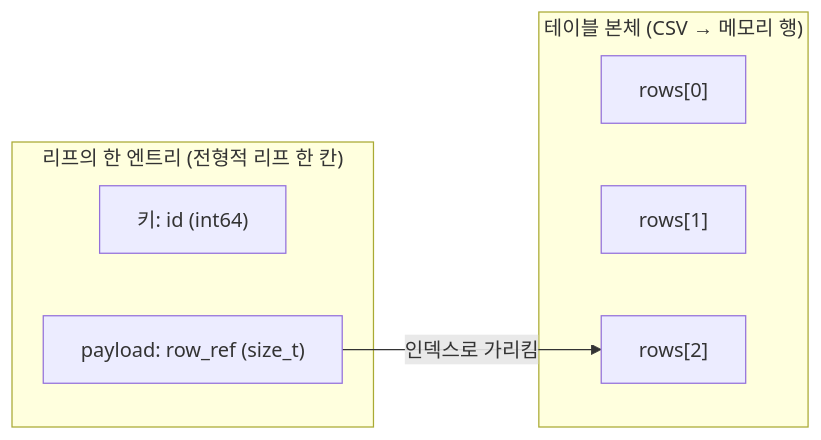
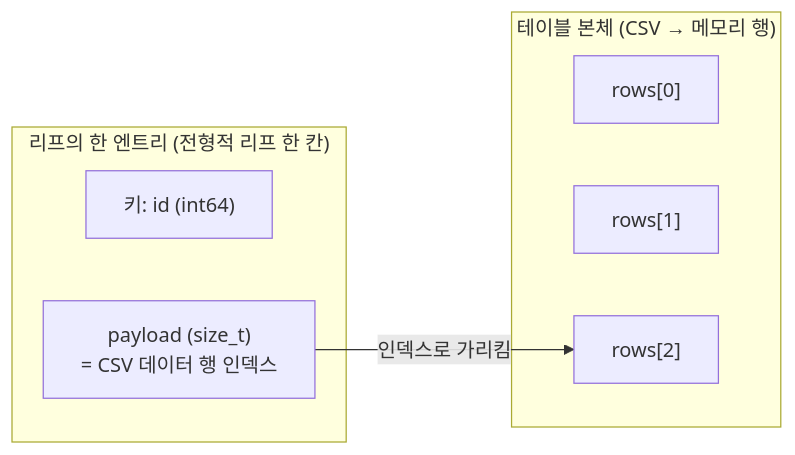
One commit to tail1887/sql_parsor changed the second of 3 diagrams in docs/weeks/WEEK7/presentation-visuals.md. Above: the diagram before and after it, drawn with Mermaid. The commit also changed other lines of this file, not shown here.

First line of the commit message:
docs(WEEK7): 발표 시각자료 다이어그램 보강 및 payload 용어 통일

````diff
--- a/docs/weeks/WEEK7/presentation-visuals.md
+++ b/docs/weeks/WEEK7/presentation-visuals.md
@@ -86,15 +29,15 @@
 ```mermaid
 flowchart LR
     subgraph leafrow["리프의 한 엔트리 (전형적 리프 한 칸)"]
         k["키: id (int64)"]
-        p["payload: row_ref (size_t)"]
+        p["payload (size_t)\n= CSV 데이터 행 인덱스"]
     end
 
     subgraph csv["테이블 본체 (CSV → 메모리 행)"]
         r0["rows[0]"]
         r1["rows[1]"]
         r2["rows[2]"]
     end
 
     p -->|"인덱스로 가리킴"| r2
 ```
````
